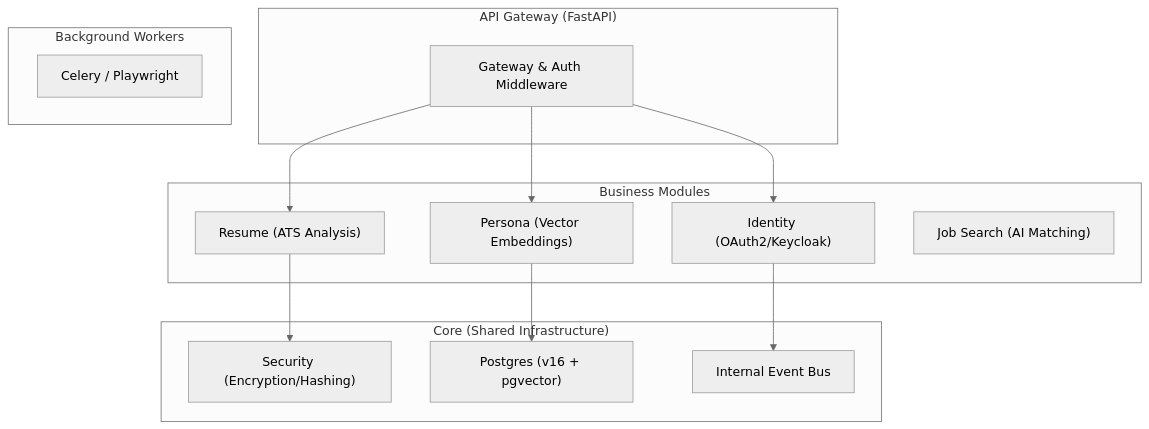
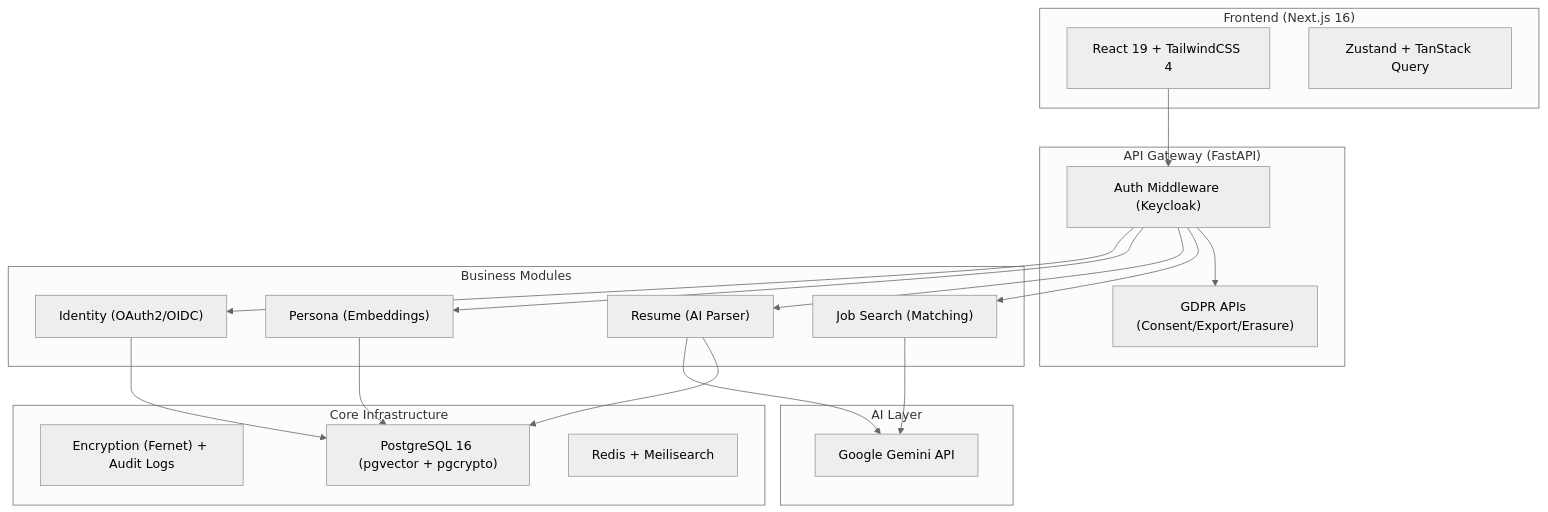
Before and after one commit to maherahmedraza/stellapply: the diagram in README.md, drawn with Mermaid (neutral theme). The commit also changed other lines of this file and 93 other files, not shown here.

First line of the commit message:
feat: add resume upload with AI parsing and GDPR compliance

````diff
--- a/README.md
+++ b/README.md
@@ -17,31 +27,43 @@
 ```mermaid
 graph TD
-    subgraph "API Gateway (FastAPI)"
-        Gateway["Gateway & Auth Middleware"]
+    subgraph "Frontend (Next.js 16)"
+        UI["React 19 + TailwindCSS 4"]
+        State["Zustand + TanStack Query"]
     end
 
-    subgraph "Core (Shared Infrastructure)"
-        Security["Security (Encryption/Hashing)"]
-        Database["Postgres (v16 + pgvector)"]
-        Events["Internal Event Bus"]
+    subgraph "API Gateway (FastAPI)"
+        Auth["Auth Middleware (Keycloak)"]
+        GDPR["GDPR APIs (Consent/Export/Erasure)"]
+    end
+
+    subgraph "Core Infrastructure"
+        Security["Encryption (Fernet) + Audit Logs"]
+        Database["PostgreSQL 16 (pgvector + pgcrypto)"]
+        Cache["Redis + Meilisearch"]
     end
 
     subgraph "Business Modules"
-        Identity["Identity (OAuth2/Keycloak)"]
-        Persona["Persona (Vector Embeddings)"]
-        Resume["Resume (ATS Analysis)"]
-        Match["Job Search (AI Matching)"]
+        Identity["Identity (OAuth2/OIDC)"]
+        Persona["Persona (Embeddings)"]
+        Resume["Resume (AI Parser)"]
+        JobSearch["Job Search (Matching)"]
     end
 
-    subgraph "Background Workers"
-        Worker["Celery / Playwright"]
+    subgraph "AI Layer"
+        Gemini["Google Gemini API"]
     end
 
-    Gateway --> Identity
-    Gateway --> Persona
-    Gateway --> Resume
+    UI --> Auth
+    Auth --> Identity
+    Auth --> Persona
+    Auth --> Resume
+    Auth --> JobSearch
+    Auth --> GDPR
     
+    Resume --> Gemini
+    JobSearch --> Gemini
+    
+    Identity --> Database
     Persona --> Database
-    Resume --> Security
-    Identity --> Events
+    Resume --> Database
 ```
````
